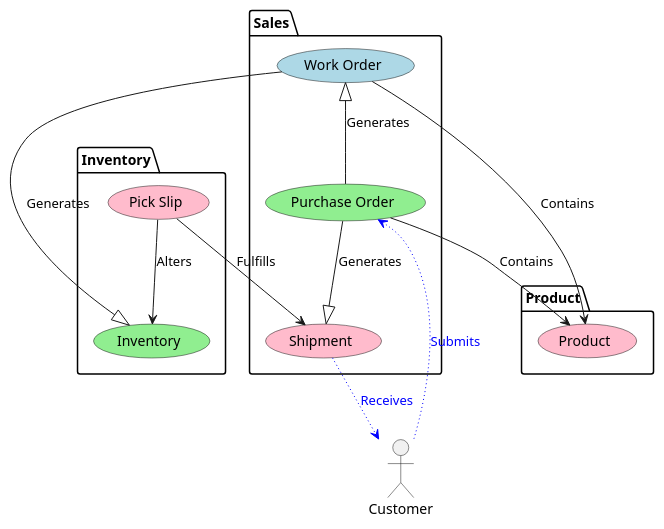
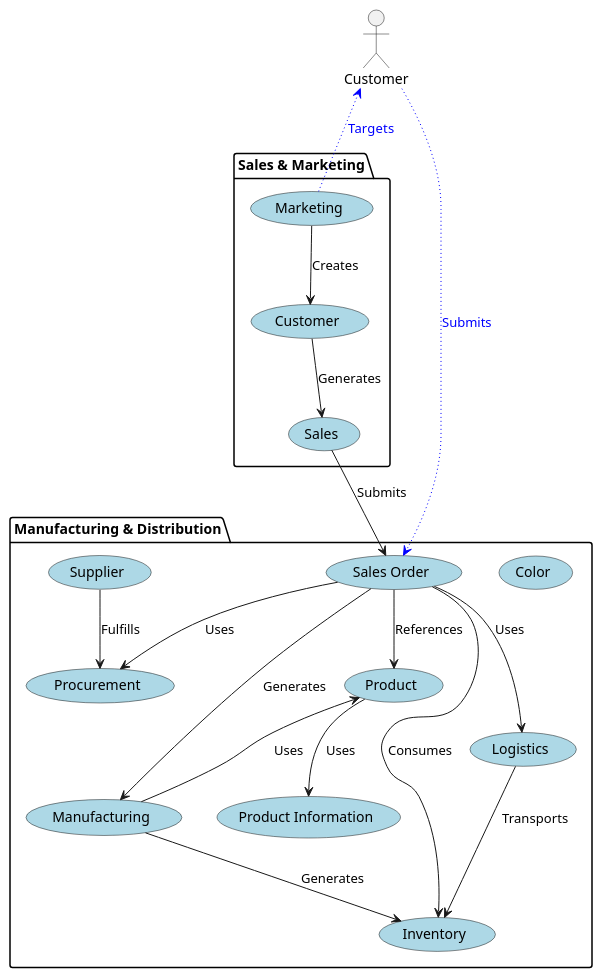
One commit to txd220/td_domain_context changed the diagram in ContextDiagram.plantuml. Above: the diagram before and after it, drawn with PlantUML.

Commit message:
Set relationship between sales and sales order domains

```diff
--- a/ContextDiagram.plantuml
+++ b/ContextDiagram.plantuml
@@ -1,28 +1,37 @@
 @startuml
 actor Customer as c
 
-package Sales {
-  usecase "Purchase Order" as PO #lightgreen
-  usecase "Work Order" as WO #lightblue
-  usecase "Shipment" as SM #FFBBCC
+package "Manufacturing & Distribution" as MD {
+  usecase "Color" as color #lightblue
+  usecase "Inventory" as inv #lightblue
+  usecase "Logistics" as log #lightblue
+  usecase "Manufacturing" as man #lightblue
+  usecase "Procurement" as proc #lightblue
+  usecase "Product" as prod #lightblue
+  usecase "Product Information" as pi #lightblue
+  usecase "Sales Order" as so #lightblue
+  usecase "Supplier" as sup #lightblue
 }
 
-package Inventory {
-  usecase "Pick Slip" as PS #FFBBCC
-  usecase "Inventory" as Inv #lightgreen
+package "Sales & Marketing" as sm {
+  usecase "Customer" as cust #lightblue
+  usecase "Marketing" as market #lightblue
+  usecase "Sales" as sales #lightblue
 }
 
-package Product {
-  usecase "Product" as Prod #FFBBCC
-}
-
-c --> PO #blue;line.dotted;text:blue : Submits
-WO <|-- PO : Generates
-PO --|> SM : Generates
-SM --> c #blue;line.dotted;text:blue : Receives
-WO --> Prod : Contains
-PO --> Prod : Contains
-PS --> SM : Fulfills
-PS --> Inv : Alters
-WO --|> Inv : Generates
+c --> so #blue;line.dotted;text:blue : Submits
+c <-- market #blue;line.dotted;text:blue : Targets
+market --> cust : Creates
+cust --> sales : Generates
+log --> inv : Transports
+so --> inv : Consumes
+so --> man : Generates
+so --> prod :  References
+prod --> pi : Uses
+so --> proc : Uses
+prod <-- man : Uses
+sup --> proc : Fulfills
+man --> inv : Generates
+so --> log : Uses
+sales --> so : Submits
 @enduml
```
